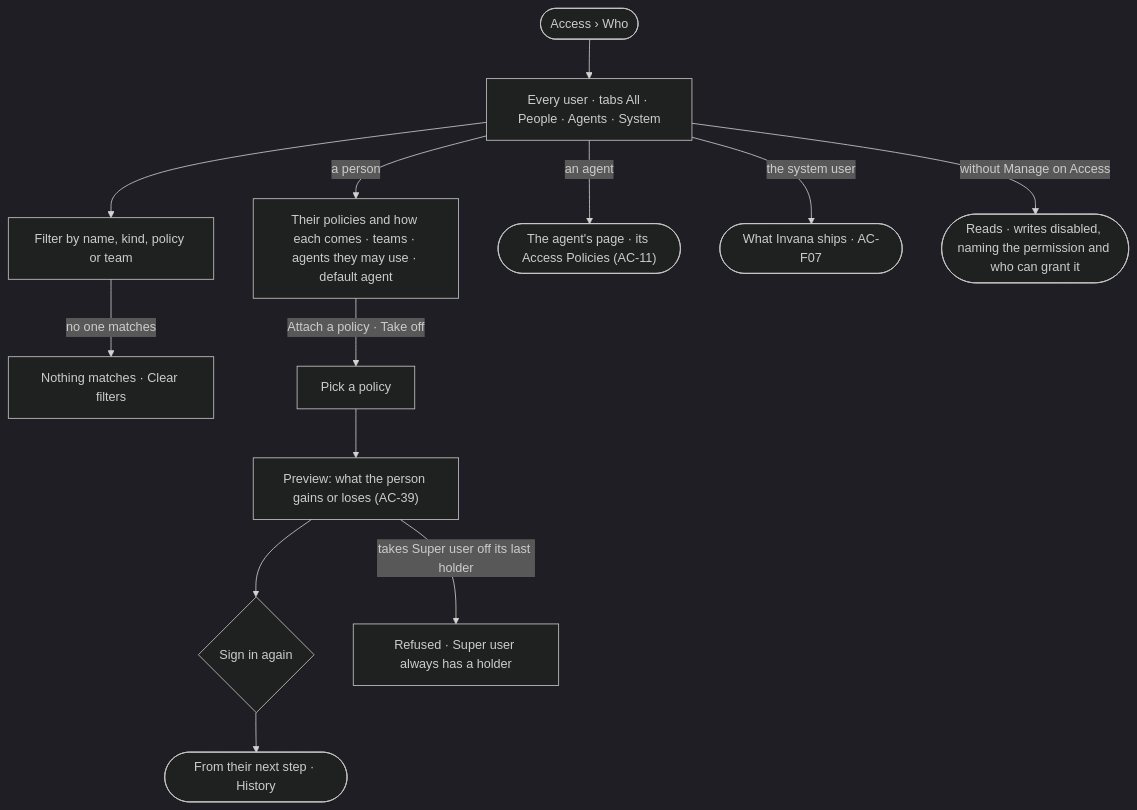
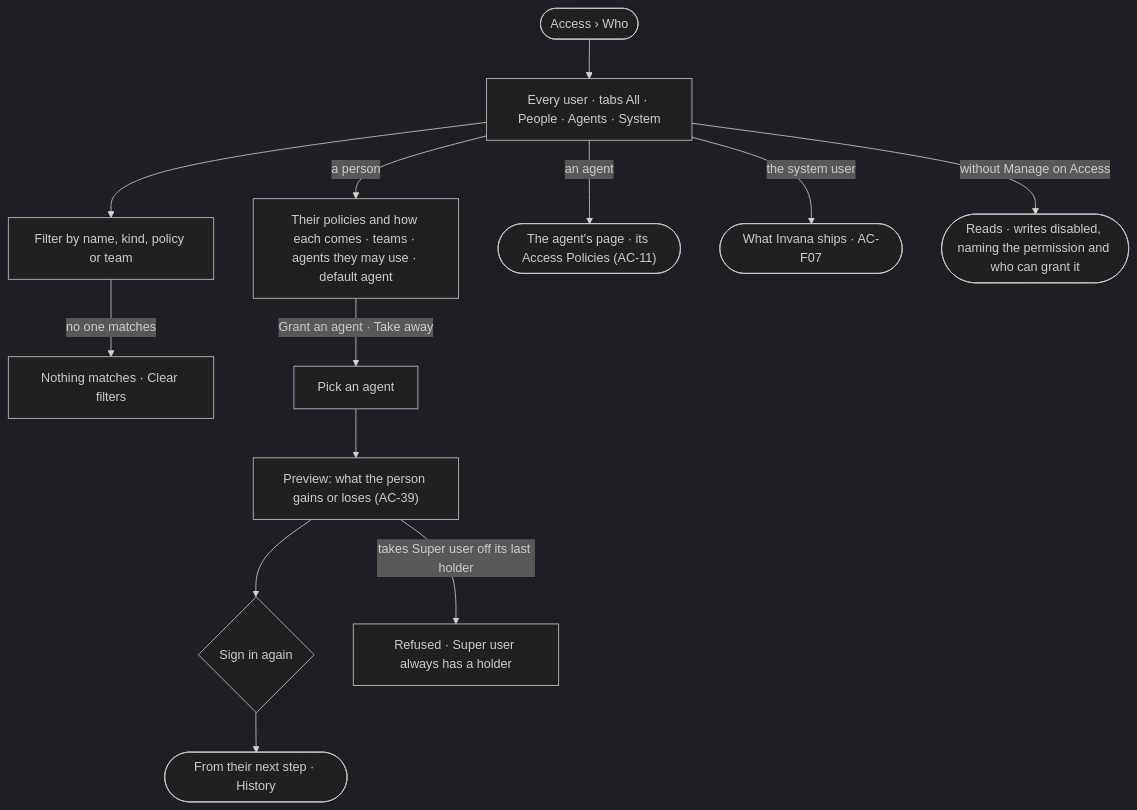
One commit to invana/invana changed the diagram in specs/os/access/features/AC-F03-directory/stories/AC-22-see-every-user-and-attach-policies-to-a-person/story.md. Above: the diagram before and after it, drawn with Mermaid (dark theme). The commit also changed other lines of this file and 156 other files, not shown here.

Commit message:
wip(platform-design-3): P02 · steps 1-4 — section 4, E2E sweep, merges, flow boards, journeys

````diff
--- a/specs/os/access/features/AC-F03-directory/stories/AC-22-see-every-user-and-attach-policies-to-a-person/story.md
+++ b/specs/os/access/features/AC-F03-directory/stories/AC-22-see-every-user-and-attach-policies-to-a-person/story.md
@@ -29,13 +29,13 @@
 ```mermaid
 flowchart TD
   s([Access › Who]) --> l["Every user · tabs All · People · Agents · System"]
   l --> f["Filter by name, kind, policy or team"]
   f -->|no one matches| fe["Nothing matches · Clear filters"]
   l -->|a person| p["Their policies and how each comes · teams · agents they may use · default agent"]
-  p -->|Attach a policy · Take off| g["Pick a policy"] --> gp["Preview: what the person gains or loses (AC-39)"] --> pw{"Sign in again"}
+  p -->|Grant an agent · Take away| g["Pick an agent"] --> gp["Preview: what the person gains or loses (AC-39)"] --> pw{"Sign in again"}
   gp -->|takes Super user off its last holder| rr["Refused · Super user always has a holder"]
   pw --> ok(["From their next step · History"])
   l -->|an agent| a(["The agent's page · its Access Policies (AC-11)"])
   l -->|the system user| sys(["What Invana ships · AC-F07"])
   l -->|without Manage on Access| ro(["Reads · writes disabled, naming the permission and who can grant it"])
 ```
````
